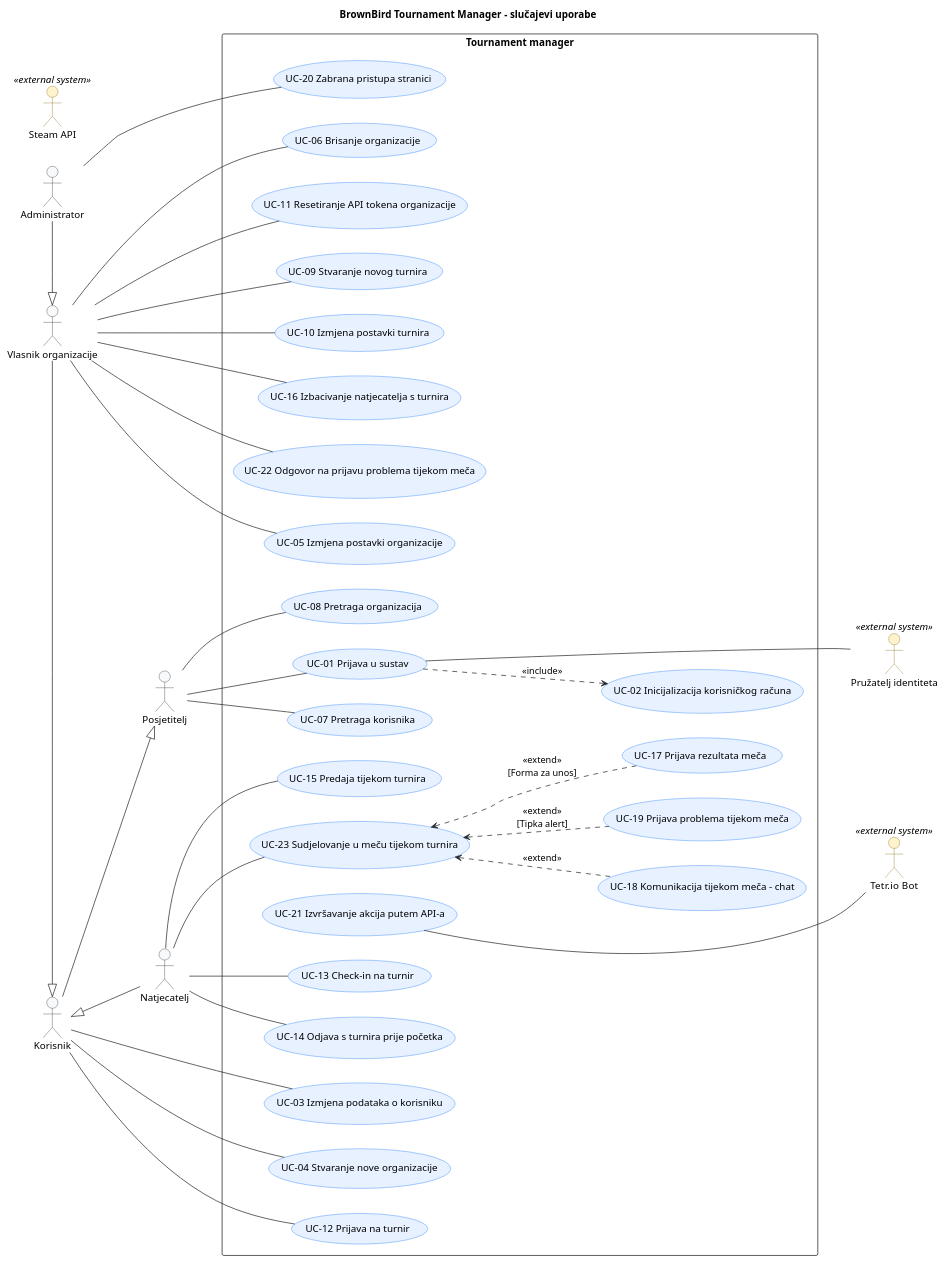
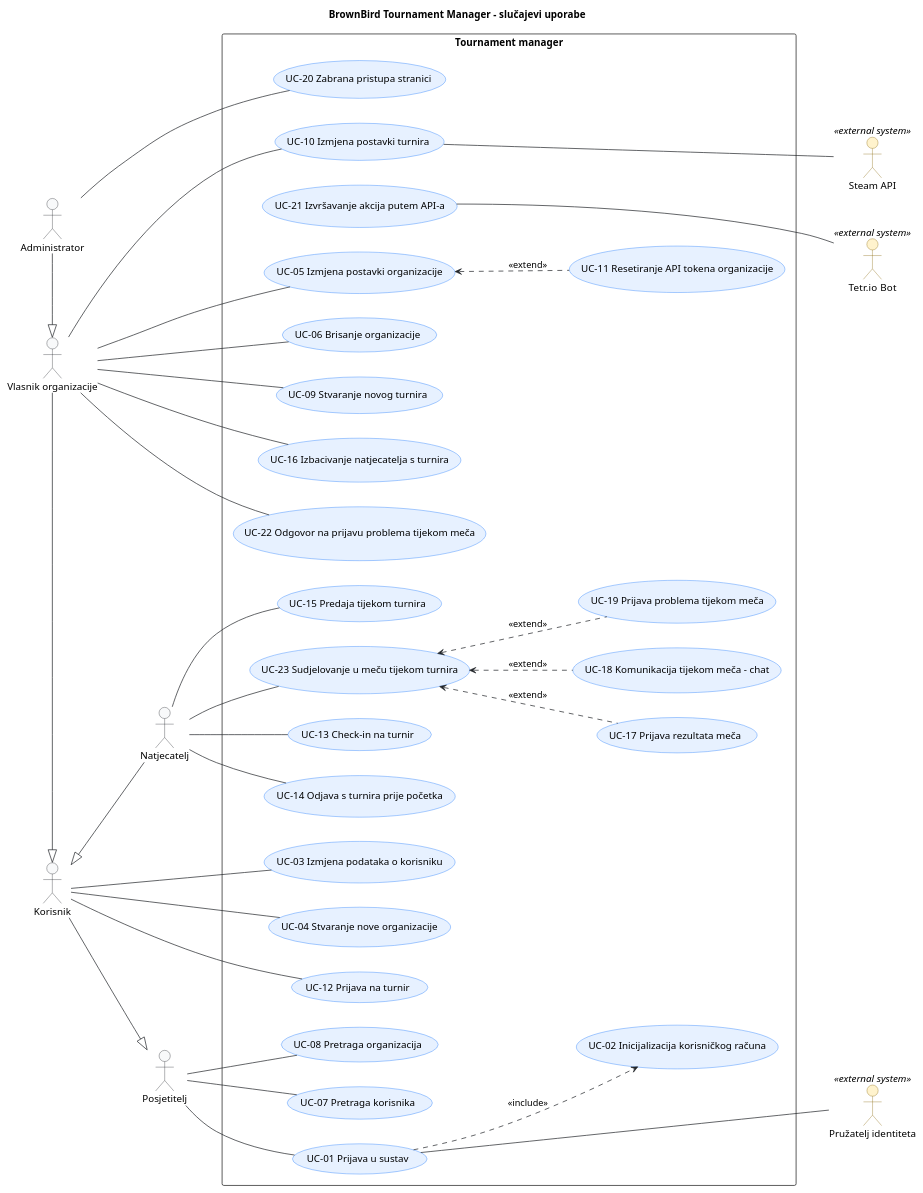
The diagram in docs/puml/uc.puml (brownbird-team/tournament-manager), drawn with PlantUML before and after one commit.

Commit message:
Update UC UML diagram

```diff
--- a/docs/puml/uc.puml
+++ b/docs/puml/uc.puml
@@ -10,128 +10,134 @@
 @startuml
 title BrownBird Tournament Manager - slučajevi uporabe
 left to right direction
 
 skinparam shadowing false
 skinparam defaultFontName Arial
 skinparam ArrowColor #212529
 
 skinparam actor {
   BackgroundColor #F8F9FA
   BorderColor #212529
   BackgroundColor<<external system>> #FFF3CD
   BorderColor<<external system>> #856404
 }
 
 skinparam usecase {
   BackgroundColor #E7F1FF
   BorderColor #0D6EFD
 }
 
 ' ================================================================
 ' Primarni akteri
 ' ================================================================
 
 actor User as "Korisnik"
 actor Visitor as "Posjetitelj"
 actor Admin as "Administrator"
 actor Owner as "Vlasnik organizacije"
 actor Competitor as "Natjecatelj"
 
 Admin -|> Owner
 Owner -|> User
 User -|> Visitor
 Competitor -up-|> User
 
 ' ================================================================
 ' Sekundarni akteri (vanjski sustavi)
 ' ================================================================
 
 actor "Pružatelj identiteta" as Idp <<external system>>
 actor "Steam API" as Steam <<external system>>
 actor "Tetr.io Bot" as Tetrio <<external system>>
 
 ' ================================================================
 ' Granica sustava (slučajevi uporabe)
 ' ================================================================
 
 rectangle "Tournament manager" as bbtm {
   ' Korisnički računi
   (UC-01 Prijava u sustav) as UC_login
   (UC-02 Inicijalizacija korisničkog računa) as UC_register
   (UC-03 Izmjena podataka o korisniku) as UC_user_settings
   (UC-07 Pretraga korisnika) as UC_user_search
 
   ' Organizacije
   (UC-04 Stvaranje nove organizacije) as UC_org_create
   (UC-05 Izmjena postavki organizacije) as UC_org_settings
   (UC-06 Brisanje organizacije) as UC_org_delete
   (UC-08 Pretraga organizacija) as UC_org_search
   (UC-11 Resetiranje API tokena organizacije) as UC_org_reset_token
   (UC-21 Izvršavanje akcija putem API-a) as UC_org_api
-  
+
   ' Turniri
   (UC-09 Stvaranje novog turnira) as UC_tour_create
   (UC-10 Izmjena postavki turnira) as UC_tour_settings
   (UC-12 Prijava na turnir) as UC_tour_register
   (UC-13 Check-in na turnir) as UC_tour_check_in
   (UC-14 Odjava s turnira prije početka) as UC_tour_unregister
   (UC-15 Predaja tijekom turnira) as UC_tour_resign
   (UC-16 Izbacivanje natjecatelja s turnira) as UC_tour_kick
   (UC-17 Prijava rezultata meča) as UC_tour_report_result
   (UC-18 Komunikacija tijekom meča - chat) as UC_tour_chat
   (UC-19 Prijava problema tijekom meča) as UC_tour_report_problem
   (UC-22 Odgovor na prijavu problema tijekom meča) as UC_tour_problem_response
   (UC-23 Sudjelovanje u meču tijekom turnira) as UC_tour_compete
 
   ' Administracija
   (UC-20 Zabrana pristupa stranici) as UC_ban
 }
 
 ' ================================================================
 ' Interakcije sa akterima
 ' ================================================================
 
 Visitor -- UC_login
 Visitor -- UC_user_search
 Visitor -- UC_org_search
 
 User -- UC_user_settings
 User -- UC_org_create
 User -- UC_tour_register
 
 Owner -- UC_org_settings
 Owner -- UC_org_delete
 Owner -- UC_tour_create
 Owner -- UC_tour_settings
-Owner -- UC_org_reset_token
 Owner -- UC_tour_kick
 Owner -- UC_tour_problem_response
 
 Competitor -- UC_tour_check_in
 Competitor -- UC_tour_unregister
 Competitor -- UC_tour_resign
 Competitor -- UC_tour_compete
 
 Admin -- UC_ban
 
 ' ================================================================
 ' Veze između slučajeva uporabe
 ' ================================================================
 
 UC_login ..> UC_register : <<include>>
 
-UC_tour_compete <.. UC_tour_report_result : <<extend>>\n[Forma za unos]
+UC_tour_compete <.. UC_tour_report_result : <<extend>>
 UC_tour_compete <.. UC_tour_chat : <<extend>>
-UC_tour_compete <.. UC_tour_report_problem : <<extend>>\n[Tipka alert]
+UC_tour_compete <.. UC_tour_report_problem : <<extend>>
+
+UC_org_settings <.. UC_org_reset_token : <<extend>>
+'UC_org_delete -[hidden]- UC_org_reset_token
 
 ' ================================================================
 ' Interakcije sa sekundarnim akterima
 ' ================================================================
 
 Idp -up- UC_login
-Idp -[hidden]up- UC_register
+Idp -[hidden]up- UC_org_reset_token
+Idp -[hidden]up- UC_user_search
 
 Tetrio -up- UC_org_api
-Tetrio -[hidden]up- UC_register
+Tetrio -[hidden]up- UC_org_reset_token
+
+Steam -up- UC_tour_settings
+Steam -[hidden]up- UC_org_reset_token
 
 @enduml
```
